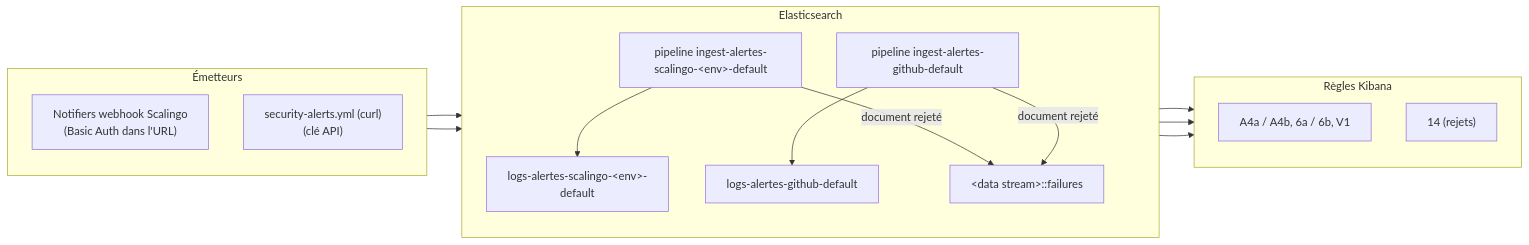
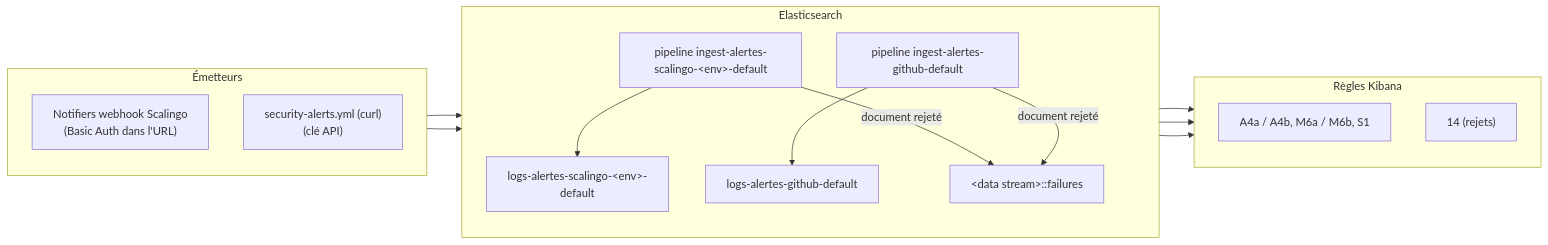
The diagram in docs/observabilite/collecte/webhooks/README.md (France-Travail/pass-emploi-tools), drawn with Mermaid before and after one commit. The commit also changed other lines of this file and 66 other files, not shown here.

````diff
--- a/docs/observabilite/collecte/webhooks/README.md
+++ b/docs/observabilite/collecte/webhooks/README.md
@@ -21,29 +21,29 @@
 ```mermaid
 flowchart LR
   subgraph emetteurs["Émetteurs"]
     direction TB
     SC["Notifiers webhook Scalingo<br/>(Basic Auth dans l'URL)"]
     GH["security-alerts.yml (curl)<br/>(clé API)"]
   end
 
   subgraph elasticsearch["Elasticsearch"]
     direction TB
     PS["pipeline ingest-alertes-scalingo-&lt;env&gt;-default"]
     PG["pipeline ingest-alertes-github-default"]
     DS["logs-alertes-scalingo-&lt;env&gt;-default"]
     DG["logs-alertes-github-default"]
     FS["&lt;data stream&gt;::failures"]
   end
 
   subgraph regles["Règles Kibana"]
     direction TB
-    R["A4a / A4b, 6a / 6b, V1"]
+    R["A4a / A4b, M6a / M6b, S1"]
     R14["14 (rejets)"]
   end
 
   SC --> PS --> DS --> R
   GH --> PG --> DG --> R
   PS -- "document rejeté" --> FS
   PG -- "document rejeté" --> FS
   FS --> R14
 ```
````
